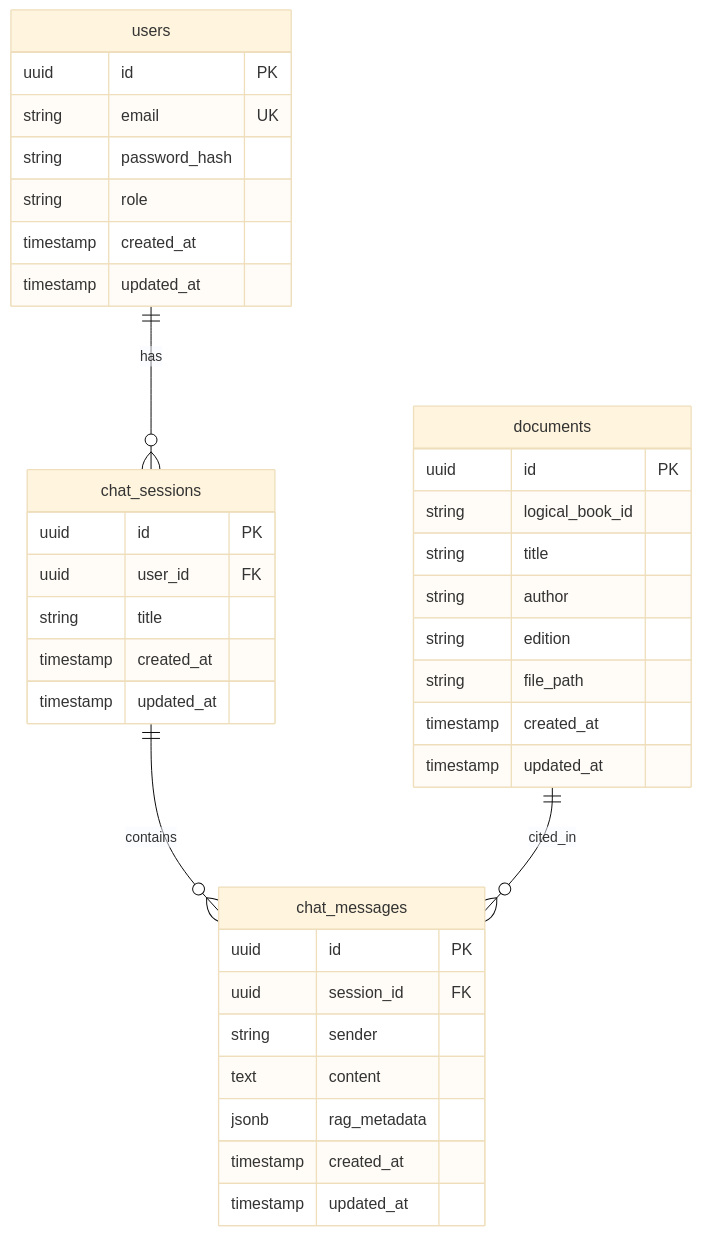
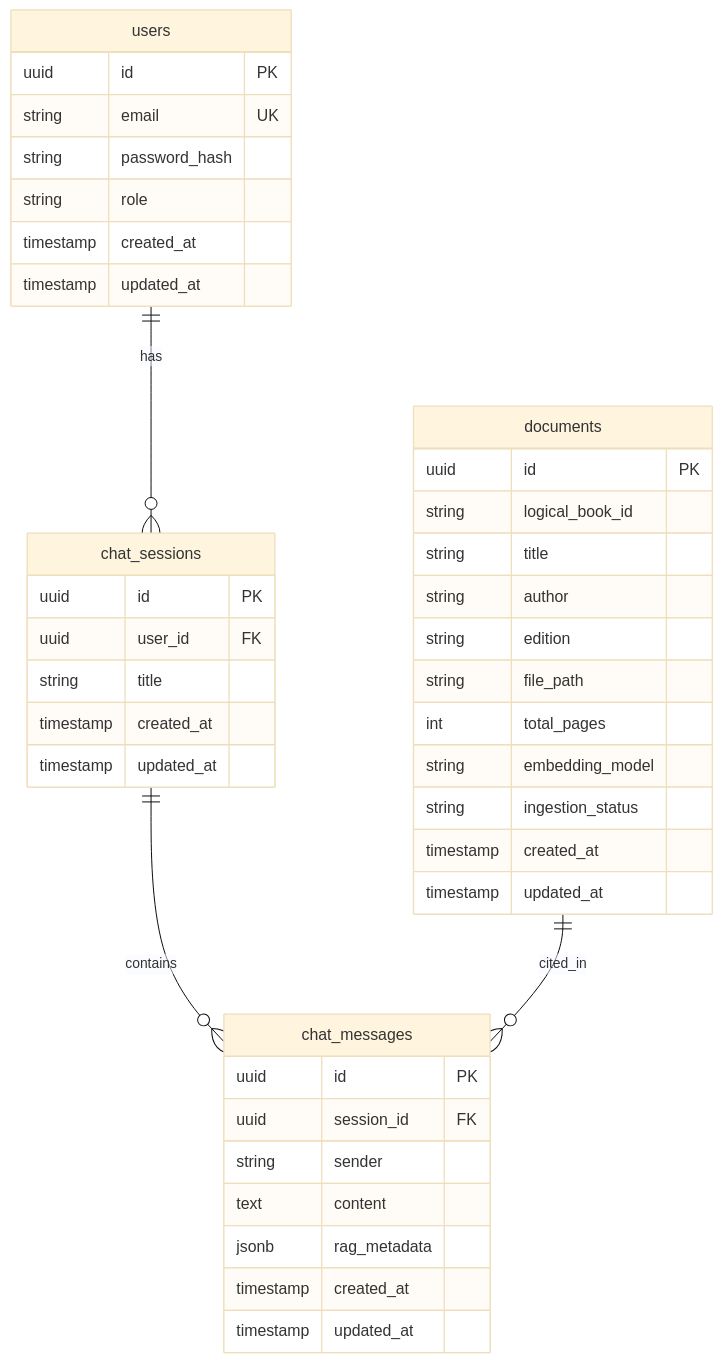
One commit to shashigemini/cs698-repo changed the second of 5 diagrams in ARCHITECTURE.md. Above: the diagram before and after it, drawn with Mermaid (base theme). The commit also changed other lines of this file, not shown here.

Commit message:
Sync ARCHITECTURE.md with Story 1 enhancements: enhanced schemas, error codes, and RAG details

````diff
--- a/ARCHITECTURE.md
+++ b/ARCHITECTURE.md
@@ -242,44 +256,47 @@
 ```mermaid
 erDiagram
     users ||--o{ chat_sessions : "has"
     chat_sessions ||--o{ chat_messages : "contains"
     documents ||--o{ chat_messages : "cited_in"
     
     users {
         uuid id PK
         string email UK
         string password_hash
         string role
         timestamp created_at
         timestamp updated_at
     }
     
     chat_sessions {
         uuid id PK
         uuid user_id FK
         string title
         timestamp created_at
         timestamp updated_at
     }
     
     chat_messages {
         uuid id PK
         uuid session_id FK
         string sender
         text content
         jsonb rag_metadata
         timestamp created_at
         timestamp updated_at
     }
     
     documents {
         uuid id PK
         string logical_book_id
         string title
         string author
         string edition
         string file_path
+        int total_pages
+        string embedding_model
+        string ingestion_status
         timestamp created_at
         timestamp updated_at
     }
 ```
````
